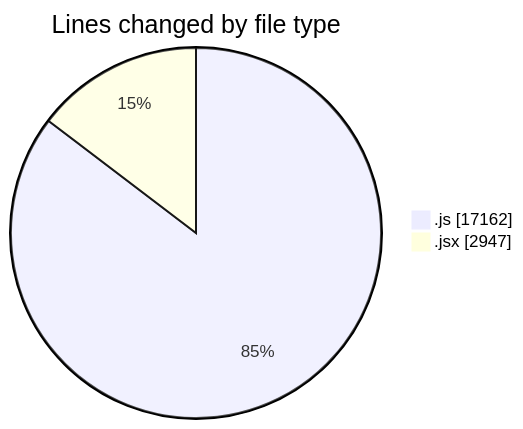
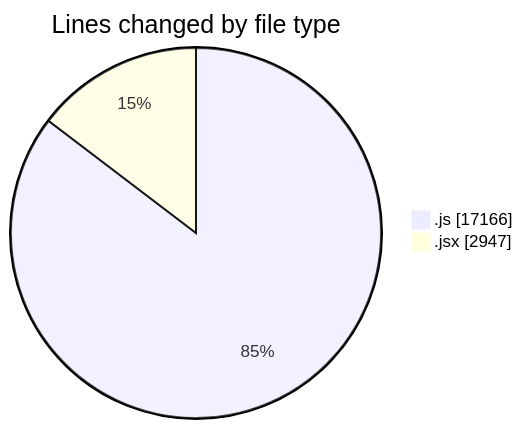
The first of 2 diagrams in 2025-09-26/nxtqube_webapp/README.md (nxtqubesakshisongat/code-tracking), drawn with Mermaid before and after one commit. The commit also changed other lines of this file and 1 other file, not shown here.

````diff
--- a/2025-09-26/nxtqube_webapp/README.md
+++ b/2025-09-26/nxtqube_webapp/README.md
@@ -27,6 +27,6 @@
 ```mermaid
 pie showData
 title Lines changed by file type
-".js" : 17162
+".js" : 17166
 ".jsx" : 2947
 ```
````
